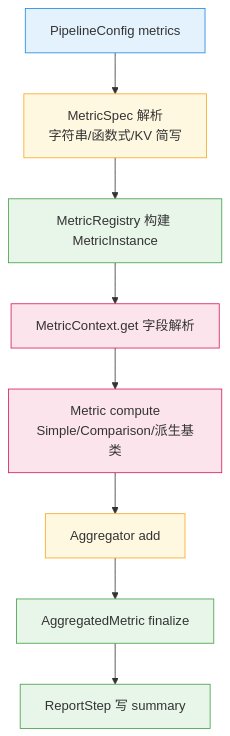
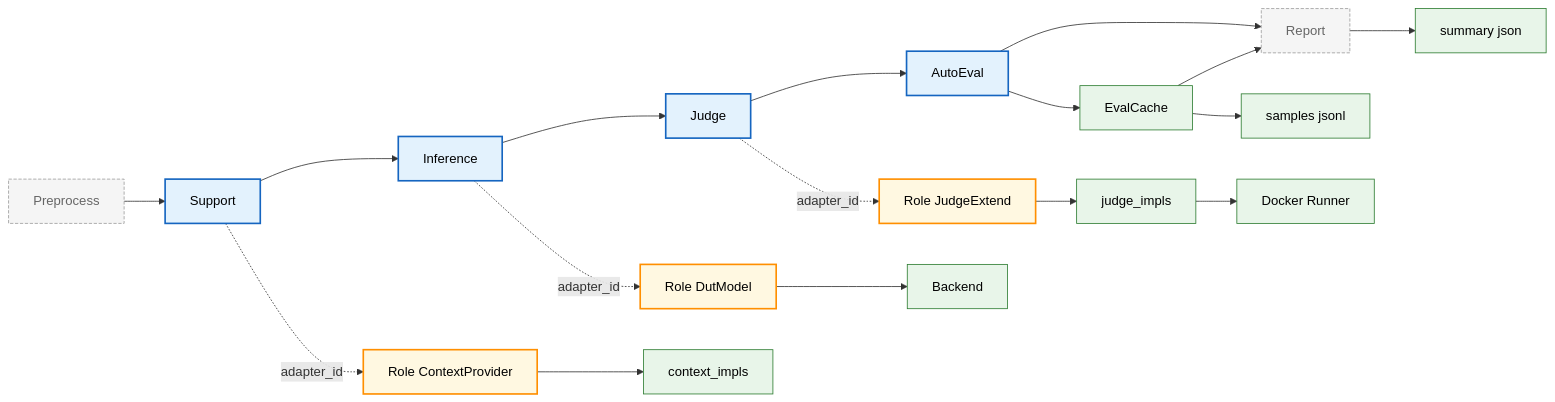
One commit to HiThink-Research/GAGE changed the third of 12 diagrams in README.md. Above: the diagram before and after it, drawn with Mermaid. The commit also changed other lines of this file and 42 other files, not shown here.

````diff
--- a/README.md
+++ b/README.md
@@ -424,19 +126,20 @@
 ```mermaid
-flowchart TD
-  Conf[PipelineConfig metrics] --> Spec[MetricSpec 解析<br/>字符串/函数式/KV 简写]
-  Spec --> Reg[MetricRegistry 构建 MetricInstance]
-  Reg --> Ctx[MetricContext.get 字段解析]
-  Ctx --> Comp[Metric compute<br/>Simple/Comparison/派生基类]
-  Comp --> Agg[Aggregator add]
-  Agg --> Sum[AggregatedMetric finalize]
-  Sum --> Report[ReportStep 写 summary]
+flowchart LR
+  classDef fixed fill:#F5F5F5,stroke:#9E9E9E,stroke-dasharray: 4 2,color:#666
+  classDef step fill:#E3F2FD,stroke:#1565C0,stroke-width:2px,color:#000
+  classDef role fill:#FFF8E1,stroke:#FF8F00,stroke-width:2px,color:#000
+  classDef impl fill:#E8F5E9,stroke:#2E7D32,stroke-width:1px,color:#000
+  classDef out fill:#E8F5E9,stroke:#2E7D32,stroke-width:1px,color:#000
 
-  style Conf fill:#e3f2fd,stroke:#1e88e5
-  style Spec fill:#fff8e1,stroke:#f9a825
-  style Reg fill:#e8f5e9,stroke:#43a047
-  style Ctx fill:#fce4ec,stroke:#d81b60
-  style Comp fill:#fce4ec,stroke:#d81b60
-  style Agg fill:#fff8e1,stroke:#f9a825
-  style Sum fill:#e8f5e9,stroke:#43a047
-  style Report fill:#e8f5e9,stroke:#43a047
+  Pre[Preprocess]:::fixed --> Sup[Support]:::step --> Inf[Inference]:::step --> Jdg[Judge]:::step --> AE[AutoEval]:::step --> Rep[Report]:::fixed
+
+  Sup -. adapter_id .-> Ctx[Role ContextProvider]:::role --> CImpl[context_impls]:::impl
+  Inf -. adapter_id .-> Dut[Role DutModel]:::role --> BD[Backend]:::impl
+  Jdg -. adapter_id .-> JExt[Role JudgeExtend]:::role --> JImpl[judge_impls]:::impl --> Docker[Docker Runner]:::impl
+
+  AE --> Cache[EvalCache]:::impl
+  Cache --> Rep
+
+  Cache --> Samp[samples jsonl]:::out
+  Rep --> Sum[summary json]:::out
 ```
````
